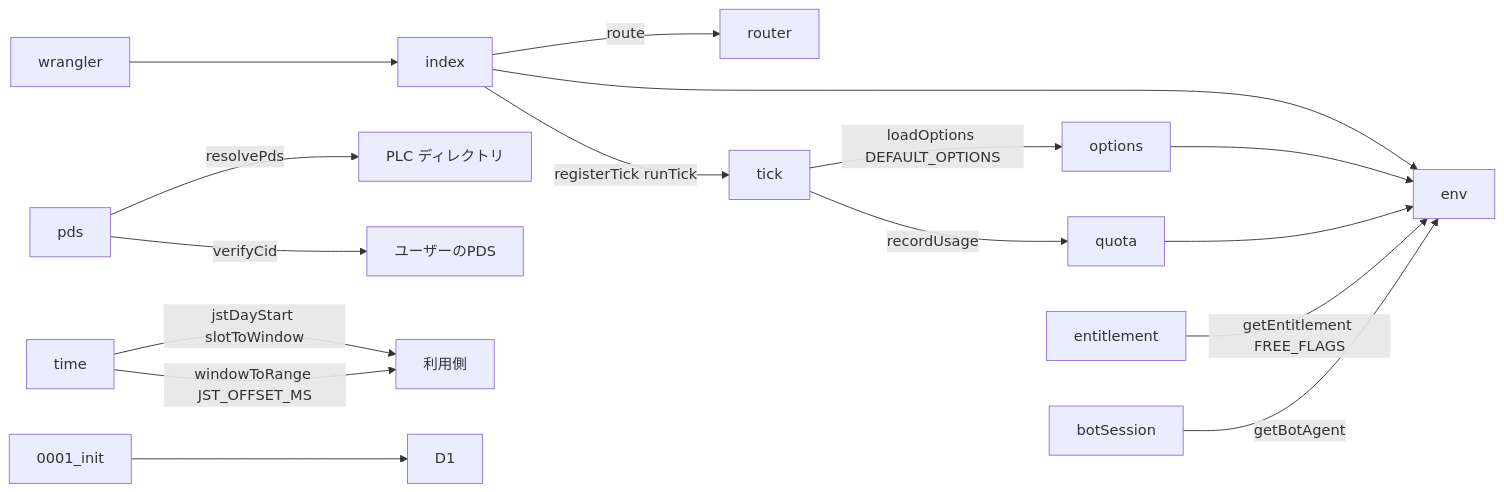
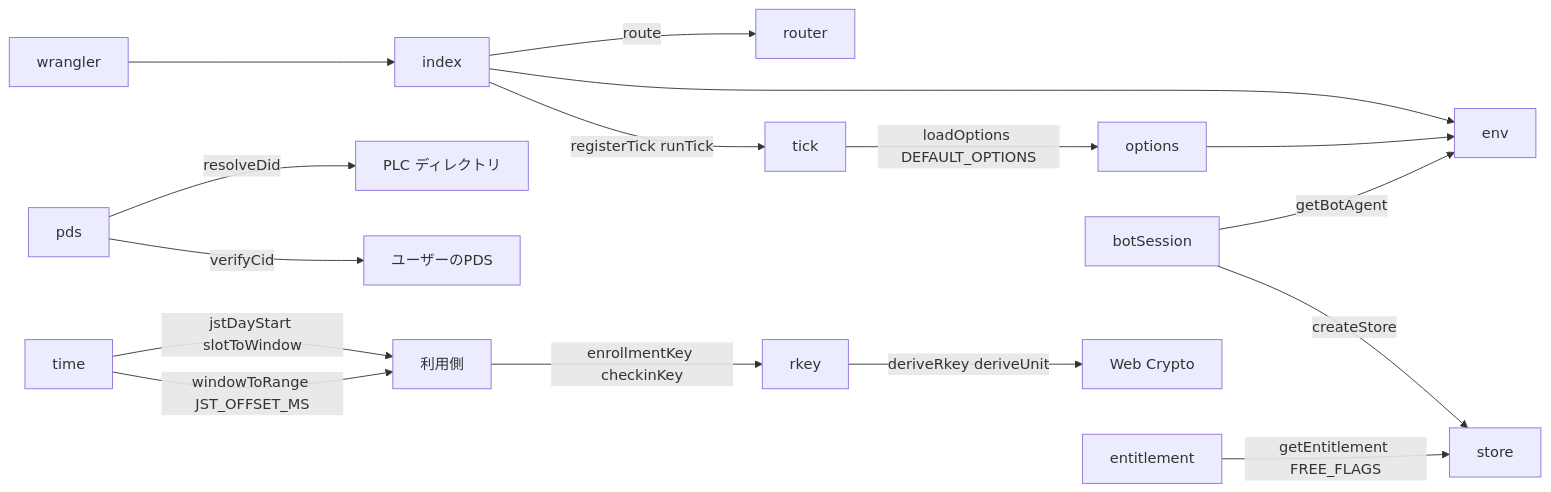
One commit to nllacc/shinchoku-chan changed the first of 4 diagrams in specs/platform/design.md. Above: the diagram before and after it, drawn with Mermaid. The commit also changed other lines of this file and 16 other files, not shown here.

````diff
--- a/specs/platform/design.md
+++ b/specs/platform/design.md
@@ -24,18 +30,18 @@
 ```mermaid
 flowchart LR
   index -->|route| router
   index -->|registerTick runTick| tick
   index --> env
   tick -->|loadOptions DEFAULT_OPTIONS| options
-  tick -->|recordUsage| quota
   options --> env
-  quota --> env
-  entitlement -->|getEntitlement FREE_FLAGS| env
   botSession -->|getBotAgent| env
-  pds -->|resolvePds| ext_plc["PLC ディレクトリ"]
+  botSession -->|createStore| store
+  entitlement -->|getEntitlement FREE_FLAGS| store
+  pds -->|resolveDid| ext_plc["PLC ディレクトリ"]
   pds -->|verifyCid| ext_pds["ユーザーのPDS"]
-  time -->|jstDayStart slotToWindow| ext_user["利用側"]
-  time -->|windowToRange JST_OFFSET_MS| ext_user
-  migration["0001_init"] --> ext_d1["D1"]
+  rkey -->|deriveRkey deriveUnit| ext_crypto["Web Crypto"]
+  ext_use["利用側"] -->|enrollmentKey checkinKey| rkey
+  time -->|jstDayStart slotToWindow| ext_use
+  time -->|windowToRange JST_OFFSET_MS| ext_use
   wrangler --> index
 ```
````
